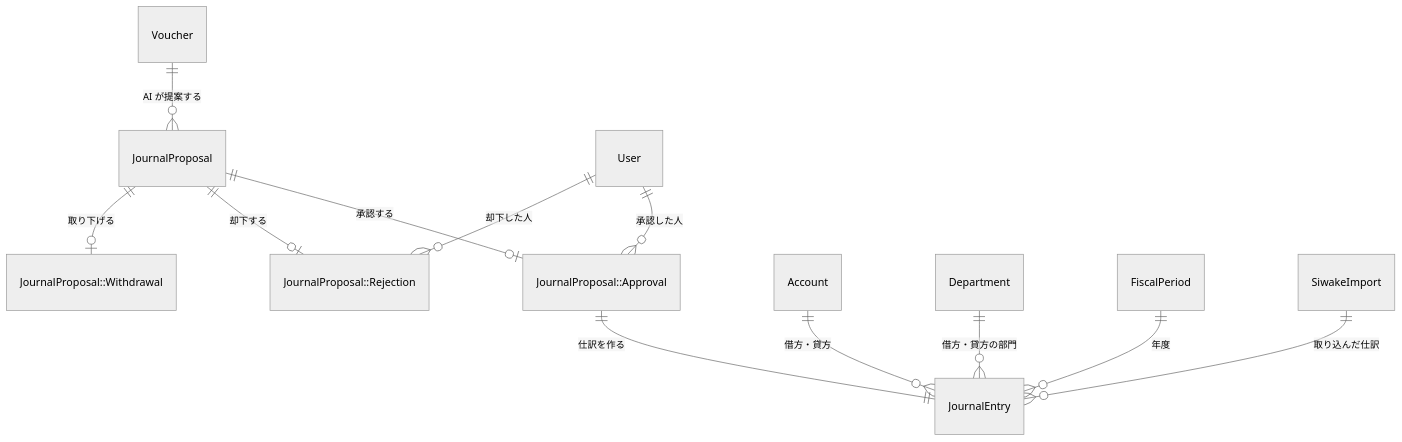
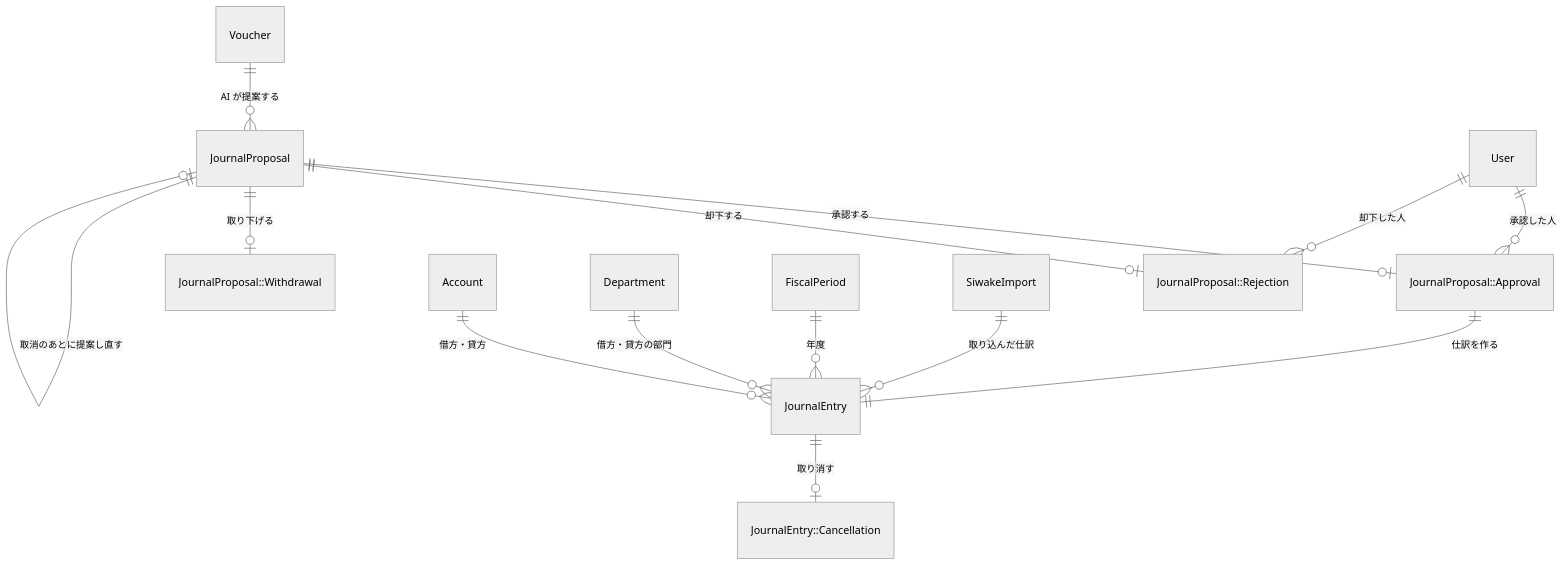
Before and after one commit to smalruby/n-bato: the diagram in docs/data-model.md, drawn with Mermaid (neutral theme). The commit also changed other lines of this file and 24 other files, not shown here.

````diff
--- a/docs/data-model.md
+++ b/docs/data-model.md
@@ -82,14 +85,16 @@
 ```mermaid
 erDiagram
   Voucher ||--o{ JournalProposal : "AI が提案する"
   JournalProposal ||--o| "JournalProposal::Approval" : "承認する"
   JournalProposal ||--o| "JournalProposal::Rejection" : "却下する"
   JournalProposal ||--o| "JournalProposal::Withdrawal" : "取り下げる"
   "JournalProposal::Approval" ||--|| JournalEntry : "仕訳を作る"
+  JournalEntry ||--o| "JournalEntry::Cancellation" : "取り消す"
+  JournalProposal ||--o| JournalProposal : "取消のあとに提案し直す"
   User ||--o{ "JournalProposal::Approval" : "承認した人"
   User ||--o{ "JournalProposal::Rejection" : "却下した人"
   Account ||--o{ JournalEntry : "借方・貸方"
   Department ||--o{ JournalEntry : "借方・貸方の部門"
   FiscalPeriod ||--o{ JournalEntry : "年度"
   SiwakeImport ||--o{ JournalEntry : "取り込んだ仕訳"
 ```
````
